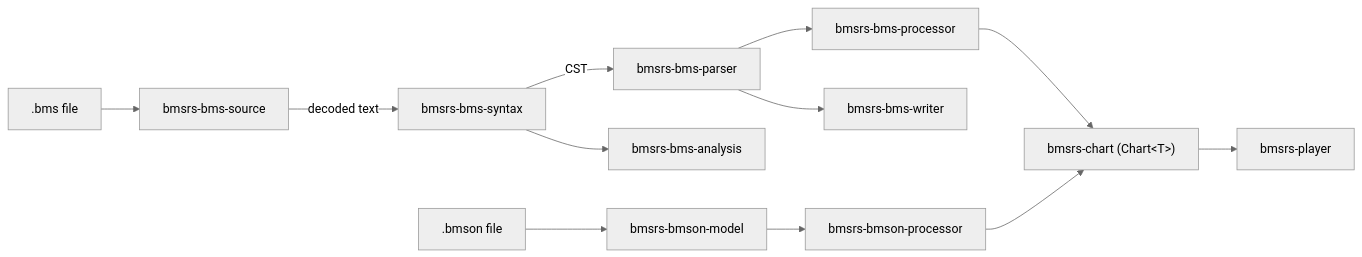
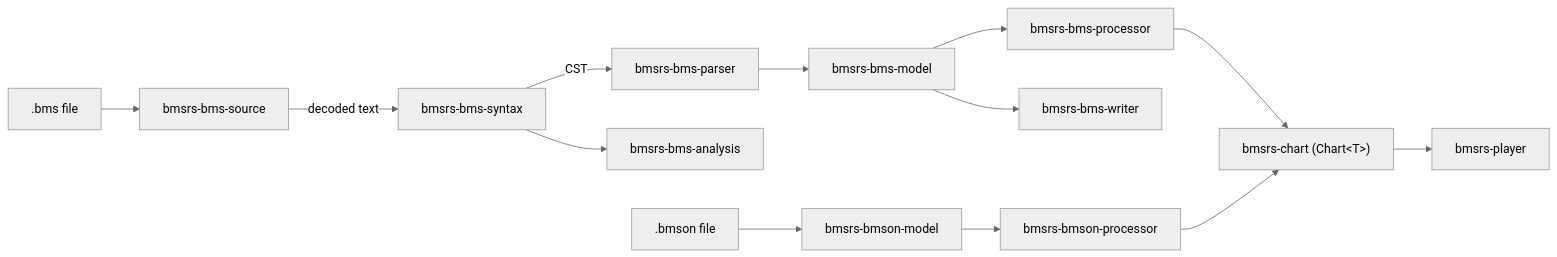
Before and after one commit to brightmeows/bmsrs: the diagram in AGENTS.md, drawn with Mermaid (neutral theme). The commit also changed other lines of this file and 40 other files, not shown here.

Commit message:
refactor(bms)!: split Bms model into bmsrs-bms-model

````diff
--- a/AGENTS.md
+++ b/AGENTS.md
@@ -16,16 +16,17 @@
 ```mermaid
 flowchart LR
     BMS[".bms file"] --> Src[bmsrs-bms-source]
     Src -->|decoded text| Syn[bmsrs-bms-syntax]
     Syn -->|CST| Par[bmsrs-bms-parser]
-    Par --> BProc[bmsrs-bms-processor]
-    Par --> Writer[bmsrs-bms-writer]
+    Par --> Model[bmsrs-bms-model]
+    Model --> BProc[bmsrs-bms-processor]
+    Model --> Writer[bmsrs-bms-writer]
     Syn --> Analysis[bmsrs-bms-analysis]
 
     BMSON[".bmson file"] --> BDef[bmsrs-bmson-model]
     BDef --> BMProc[bmsrs-bmson-processor]
 
     BProc --> Chart["bmsrs-chart (Chart&lt;T&gt;)"]
     BMProc --> Chart
     Chart --> Player[bmsrs-player]
 ```
````
